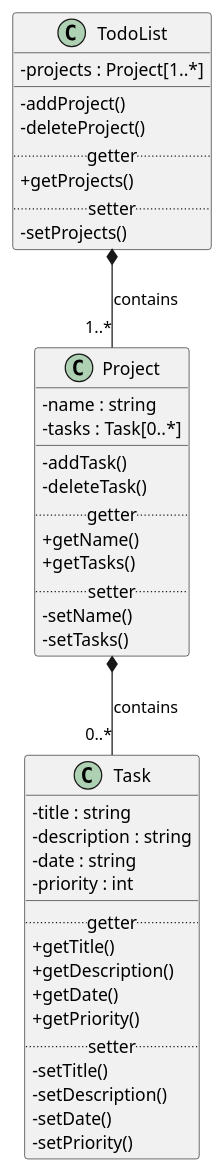
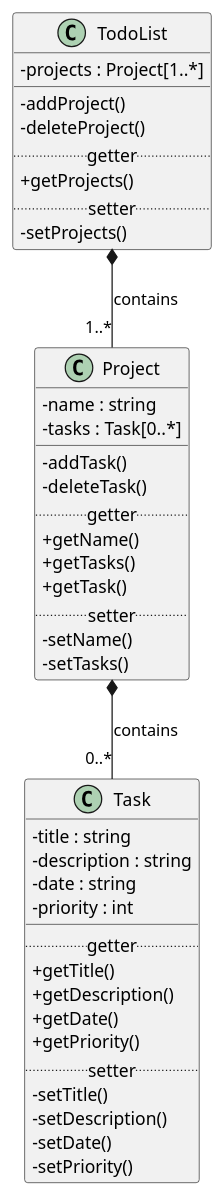
The diagram in puml/todo-list-app.puml (fahryanputra/todo-list-app), drawn with PlantUML before and after one commit. The commit also changed 2 other files, not shown here.

```diff
--- a/puml/todo-list-app.puml
+++ b/puml/todo-list-app.puml
@@ -1,52 +1,53 @@
 @startuml todo-list-app
 
 skinparam classAttributeIconSize 0
 
 Project *-- "0..*" Task : contains
 TodoList *-- "1..*" Project : contains
 
 
 class Task {
     -title : string
     -description : string
     -date : string
     -priority : int
     __
     .. getter ..
     +getTitle()
     +getDescription()
     +getDate()
     +getPriority()
     .. setter ..
     -setTitle()
     -setDescription()
     -setDate()
     -setPriority()
 }
 
 class Project {
     -name : string
     -tasks : Task[0..*]
     __
     -addTask()
     -deleteTask()
     .. getter ..
     +getName()
     +getTasks()
+    +getTask()
     .. setter ..
     -setName()
     -setTasks()
 }
 
 class TodoList {
     -projects : Project[1..*]
     __
     -addProject()
     -deleteProject()
     .. getter ..
     +getProjects()
     .. setter ..
     -setProjects()
 }
 
 @enduml
```
